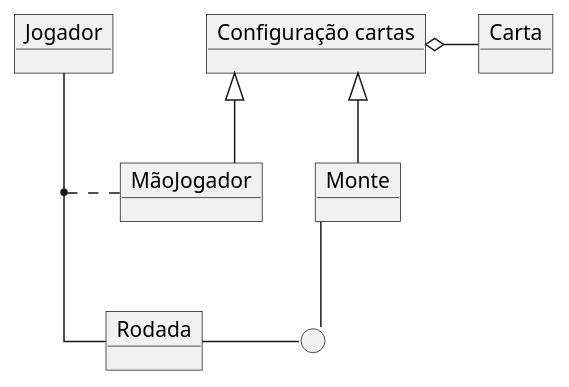
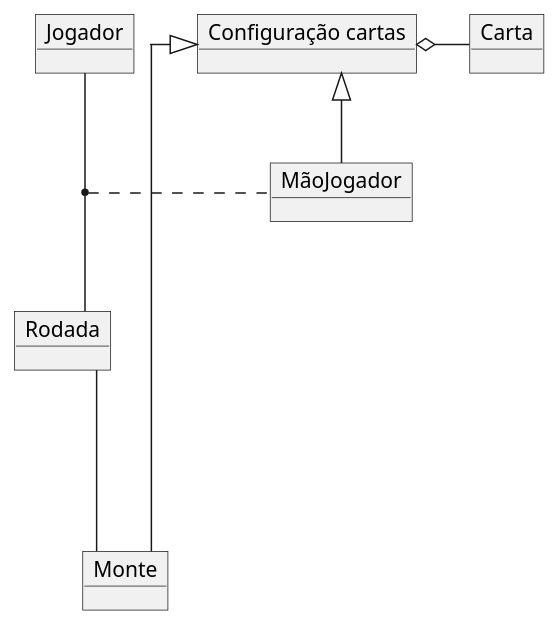
Before and after one commit to kyriosdata/oo: the diagram in Imagens/modelos-07/mod07ima01/mod07ima01.plantuml, drawn with PlantUML. The commit also changed 24 other files, not shown here.

```diff
--- a/Imagens/modelos-07/mod07ima01/mod07ima01.plantuml
+++ b/Imagens/modelos-07/mod07ima01/mod07ima01.plantuml
@@ -1,18 +1,15 @@
 @startuml mod07ima01
 skinparam Linetype ortho
 object "Configuração cartas" as co
 object "Carta" as ca
 object "Jogador" as jo
 object "MãoJogador" as mã
 object "Monte" as mo
 object "Rodada" as ro
-circle " " as p1
 co o-right- ca
 mã -up-|> co
 mo -up-|> co
 jo -down- ro
 (jo,ro) .. mã
-ro -right- p1
-p1 -up- mo
-
+ro --- mo
 @enduml
```
